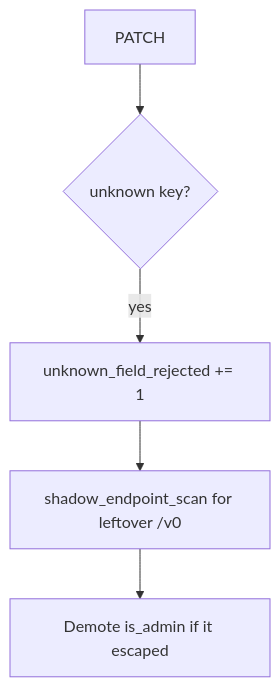
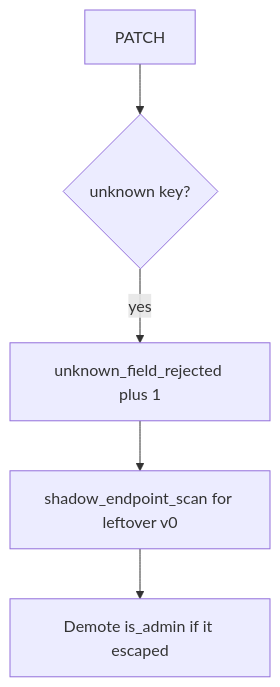
The diagram in content/modules/7/7.1/lessons/06-operate.md (ishitvagoel/LearnSecurity), drawn with Mermaid before and after one commit. The commit also changed other lines of this file and 28 other files, not shown here.

````diff
--- a/content/modules/7/7.1/lessons/06-operate.md
+++ b/content/modules/7/7.1/lessons/06-operate.md
@@ -13,7 +13,7 @@
 ```mermaid
 flowchart TD
   Patch[PATCH] --> Extra{unknown key?}
-  Extra -->|yes| Metric["unknown_field_rejected += 1"]
-  Metric --> Shadow["shadow_endpoint_scan for leftover /v0"]
+  Extra -->|yes| Metric["unknown_field_rejected plus 1"]
+  Metric --> Shadow["shadow_endpoint_scan for leftover v0"]
   Shadow --> Demote[Demote is_admin if it escaped]
 ```
````
